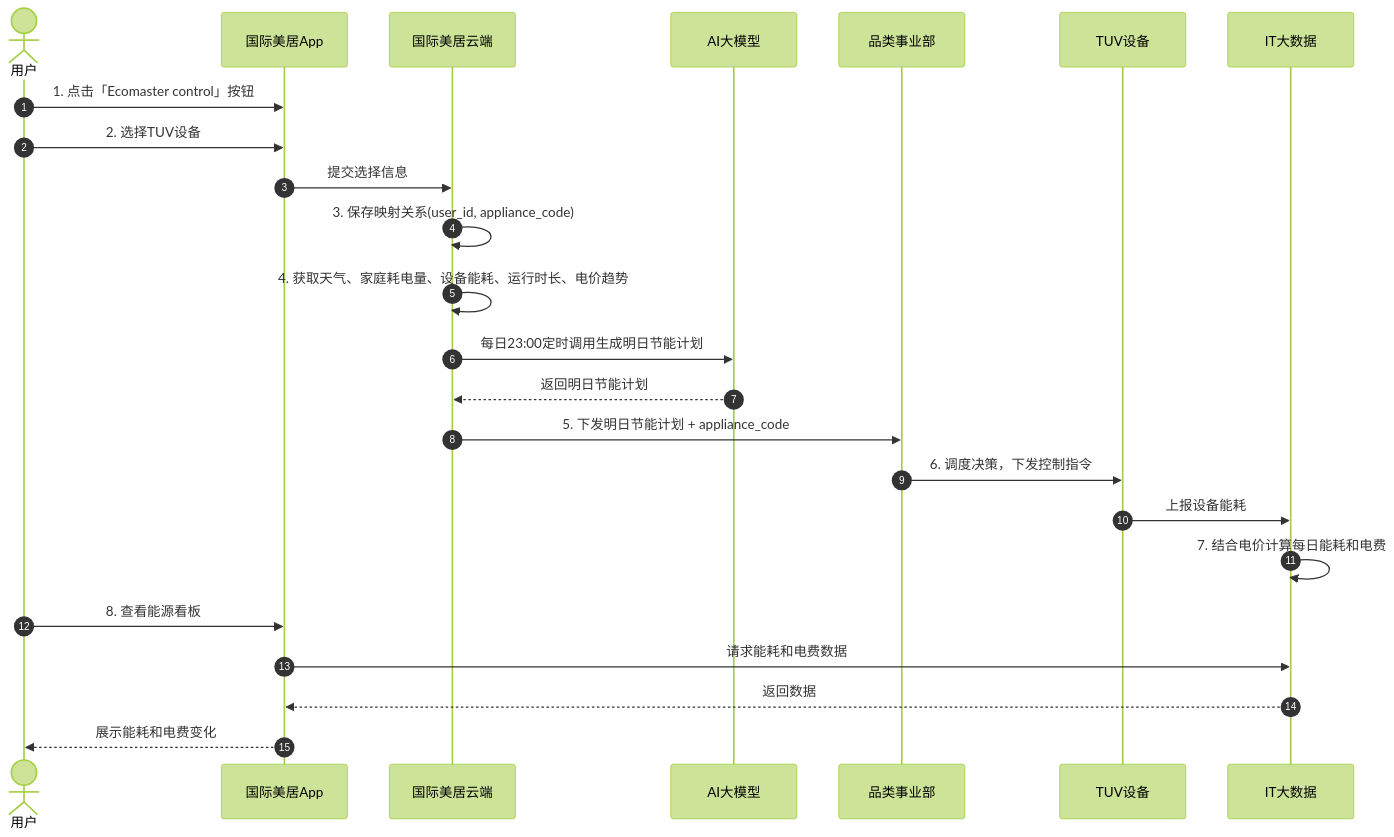
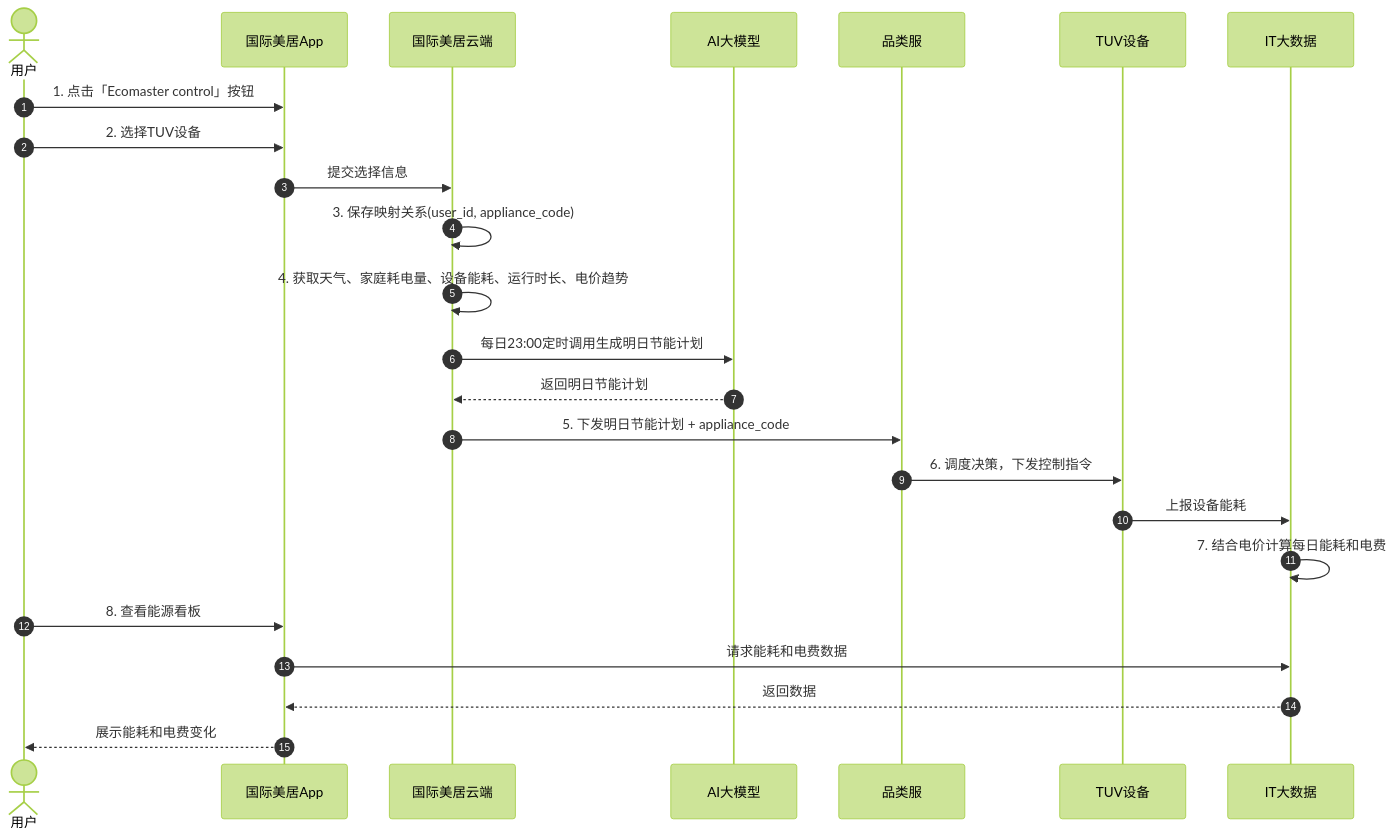
One commit to ixiaoyang8/iodraw-files changed the diagram in all/未命名-19.md. Above: the diagram before and after it, drawn with Mermaid (forest theme).

Commit message:
2026-09-16 13:34:59 update

````diff
--- a/all/未命名-19.md
+++ b/all/未命名-19.md
@@ -1,28 +1,28 @@
 ```mermaid
 sequenceDiagram
     autonumber
     actor 用户 as 用户
     participant App as 国际美居App
     participant Cloud as 国际美居云端
     participant AI as AI大模型
-    participant Division as 品类事业部
+    participant Division as 品类服
     participant Device as TUV设备
     participant BigData as IT大数据
 
     用户->>App: 1. 点击「Ecomaster control」按钮
     用户->>App: 2. 选择TUV设备
     App->>Cloud: 提交选择信息
     Cloud->>Cloud: 3. 保存映射关系(user_id, appliance_code)
     Cloud->>Cloud: 4. 获取天气、家庭耗电量、设备能耗、运行时长、电价趋势
     Cloud->>AI: 每日23:00定时调用生成明日节能计划
     AI-->>Cloud: 返回明日节能计划
     Cloud->>Division: 5. 下发明日节能计划 + appliance_code
     Division->>Device: 6. 调度决策，下发控制指令
     Device->>BigData: 上报设备能耗
     BigData->>BigData: 7. 结合电价计算每日能耗和电费
     用户->>App: 8. 查看能源看板
     App->>BigData: 请求能耗和电费数据
     BigData-->>App: 返回数据
     App-->>用户: 展示能耗和电费变化
 
 ```
````
